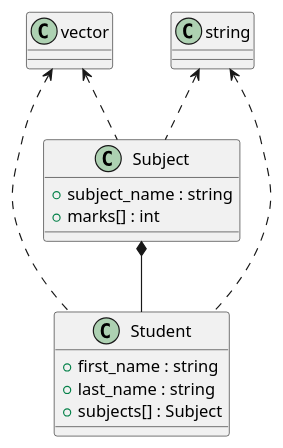
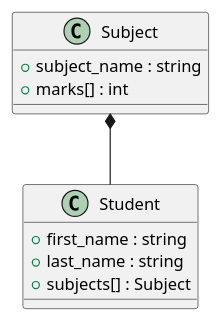
One commit to it-top-shambala/students_db changed the diagram in class_diagram.puml. Above: the diagram before and after it, drawn with PlantUML. The commit also changed 1 other file, not shown here.

Commit message:
Update class diagram

```diff
--- a/class_diagram.puml
+++ b/class_diagram.puml
@@ -1,20 +1,16 @@
 @startuml
 'https://plantuml.com/class-diagram
 
-vector <.. Subject
-string <.. Subject
 class Subject {
 + subject_name : string
 + marks[] : int
 }
 
-vector <.. Student
-string <.. Student
 Subject *-- Student
 class Student {
 + first_name : string
 + last_name : string
 + subjects[] : Subject
 }
 
 @enduml
```
